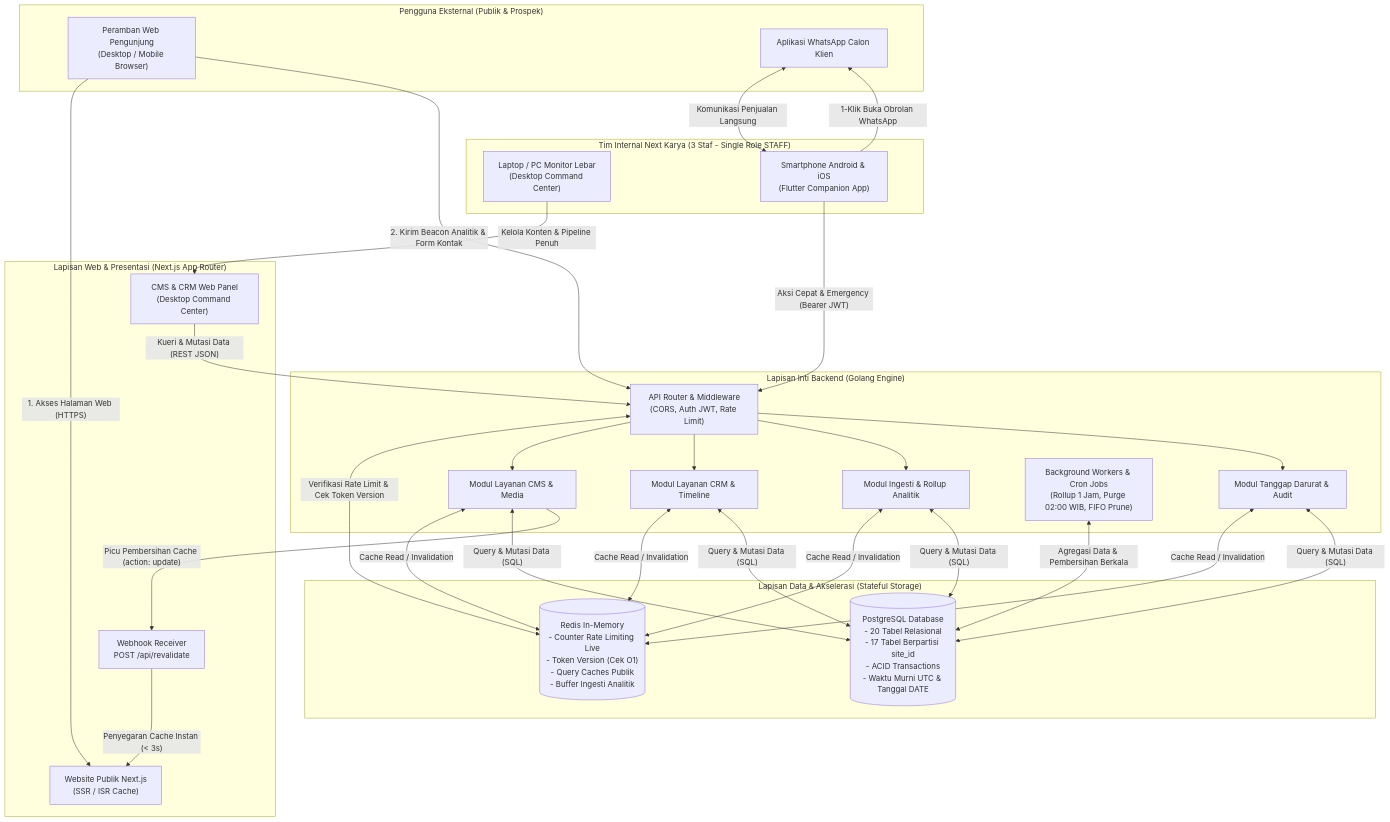
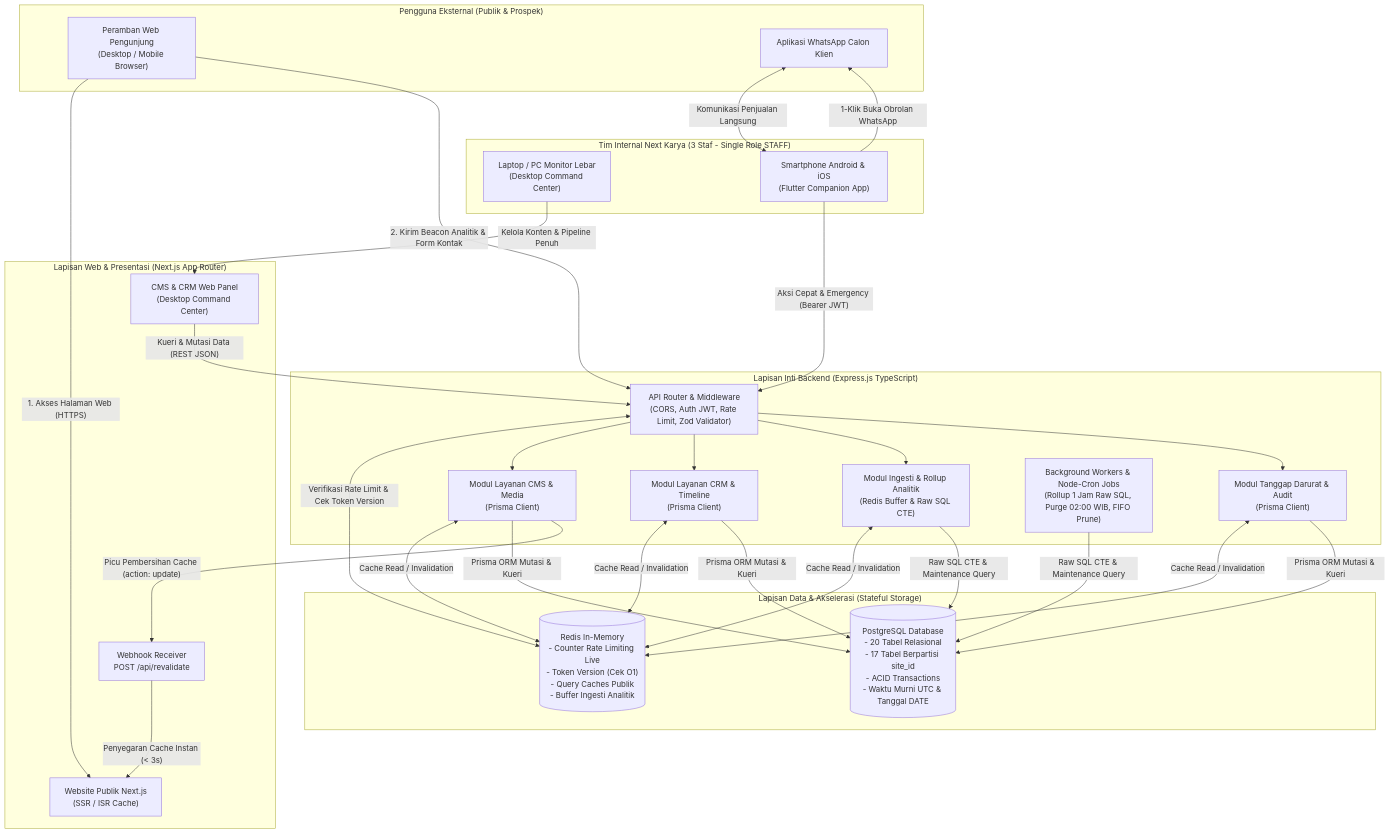
One commit to indraagstin025/NAYKON-Solution-Digital-Proyek changed the diagram in docs/system-architecture-v1.0.md. Above: the diagram before and after it, drawn with Mermaid. The commit also changed other lines of this file and 6 other files, not shown here.

Commit message:
docs: finalize backend architecture to Express.js with Prisma ORM and Raw SQL

````diff
--- a/docs/system-architecture-v1.0.md
+++ b/docs/system-architecture-v1.0.md
@@ -31,50 +31,50 @@
 ```mermaid
 flowchart TD
     subgraph KlienEksternal["Pengguna Eksternal (Publik & Prospek)"]
         BrowserPublik["Peramban Web Pengunjung<br>(Desktop / Mobile Browser)"]
         WhatsAppUser["Aplikasi WhatsApp Calon Klien"]
     end
 
     subgraph TimInternal["Tim Internal Next Karya (3 Staf - Single Role STAFF)"]
         DesktopStaf["Laptop / PC Monitor Lebar<br>(Desktop Command Center)"]
         MobileStaf["Smartphone Android & iOS<br>(Flutter Companion App)"]
     end
 
     subgraph WebTier["Lapisan Web & Presentasi (Next.js App Router)"]
         NextPublic["Website Publik Next.js<br>(SSR / ISR Cache)"]
         NextAdmin["CMS & CRM Web Panel<br>(Desktop Command Center)"]
         NextWebhook["Webhook Receiver<br>POST /api/revalidate"]
     end
 
-    subgraph BackendCore["Lapisan Inti Backend (Golang Engine)"]
-        GoGateway["API Router & Middleware<br>(CORS, Auth JWT, Rate Limit)"]
-        GoCMS["Modul Layanan CMS & Media"]
-        GoCRM["Modul Layanan CRM & Timeline"]
-        GoAnalytics["Modul Ingesti & Rollup Analitik"]
-        GoEmergency["Modul Tanggap Darurat & Audit"]
-        GoWorkers["Background Workers & Cron Jobs<br>(Rollup 1 Jam, Purge 02:00 WIB, FIFO Prune)"]
+    subgraph BackendCore["Lapisan Inti Backend (Express.js TypeScript)"]
+        ExpressGateway["API Router & Middleware<br>(CORS, Auth JWT, Rate Limit, Zod Validator)"]
+        ExpressCMS["Modul Layanan CMS & Media<br>(Prisma Client)"]
+        ExpressCRM["Modul Layanan CRM & Timeline<br>(Prisma Client)"]
+        ExpressAnalytics["Modul Ingesti & Rollup Analitik<br>(Redis Buffer & Raw SQL CTE)"]
+        ExpressEmergency["Modul Tanggap Darurat & Audit<br>(Prisma Client)"]
+        ExpressWorkers["Background Workers & Node-Cron Jobs<br>(Rollup 1 Jam Raw SQL, Purge 02:00 WIB, FIFO Prune)"]
     end
 
     subgraph DataTier["Lapisan Data & Akselerasi (Stateful Storage)"]
         RedisStore[("Redis In-Memory<br>- Counter Rate Limiting Live<br>- Token Version (Cek O1)<br>- Query Caches Publik<br>- Buffer Ingesti Analitik")]
         PostgresDB[("PostgreSQL Database<br>- 20 Tabel Relasional<br>- 17 Tabel Berpartisi site_id<br>- ACID Transactions<br>- Waktu Murni UTC & Tanggal DATE")]
     end
 
     BrowserPublik -->|"1. Akses Halaman Web (HTTPS)"| NextPublic
-    BrowserPublik -->|"2. Kirim Beacon Analitik & Form Kontak"| GoGateway
+    BrowserPublik -->|"2. Kirim Beacon Analitik & Form Kontak"| ExpressGateway
     WhatsAppUser <-->|"Komunikasi Penjualan Langsung"| MobileStaf
 
     DesktopStaf -->|"Kelola Konten & Pipeline Penuh"| NextAdmin
-    NextAdmin -->|"Kueri & Mutasi Data (REST JSON)"| GoGateway
-    MobileStaf -->|"Aksi Cepat & Emergency (Bearer JWT)"| GoGateway
+    NextAdmin -->|"Kueri & Mutasi Data (REST JSON)"| ExpressGateway
+    MobileStaf -->|"Aksi Cepat & Emergency (Bearer JWT)"| ExpressGateway
     MobileStaf -->|"1-Klik Buka Obrolan WhatsApp"| WhatsAppUser
 
-    GoGateway <-->|"Verifikasi Rate Limit & Cek Token Version"| RedisStore
-    GoGateway --> GoCMS & GoCRM & GoAnalytics & GoEmergency
-    GoCMS & GoCRM & GoAnalytics & GoEmergency <-->|"Cache Read / Invalidation"| RedisStore
-    GoCMS & GoCRM & GoAnalytics & GoEmergency <-->|"Query & Mutasi Data (SQL)"| PostgresDB
-    GoWorkers <-->|"Agregasi Data & Pembersihan Berkala"| PostgresDB
+    ExpressGateway <-->|"Verifikasi Rate Limit & Cek Token Version"| RedisStore
+    ExpressGateway --> ExpressCMS & ExpressCRM & ExpressAnalytics & ExpressEmergency
+    ExpressCMS & ExpressCRM & ExpressAnalytics & ExpressEmergency <-->|"Cache Read / Invalidation"| RedisStore
+    ExpressCMS & ExpressCRM & ExpressEmergency -->|"Prisma ORM Mutasi & Kueri"| PostgresDB
+    ExpressAnalytics & ExpressWorkers -->|"Raw SQL CTE & Maintenance Query"| PostgresDB
 
-    GoCMS -->|"Picu Pembersihan Cache (action: update)"| NextWebhook
+    ExpressCMS -->|"Picu Pembersihan Cache (action: update)"| NextWebhook
     NextWebhook -->|"Penyegaran Cache Instan (< 3s)"| NextPublic
 ```
````
